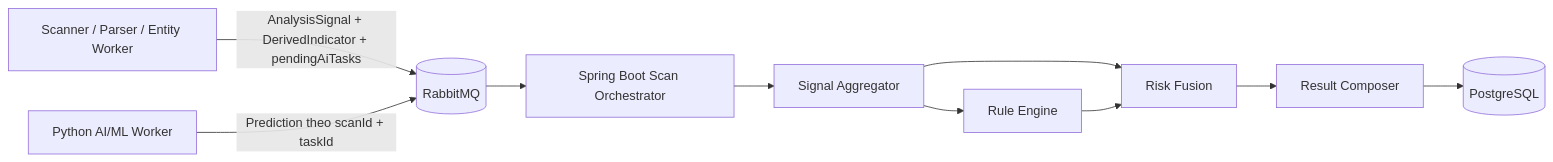
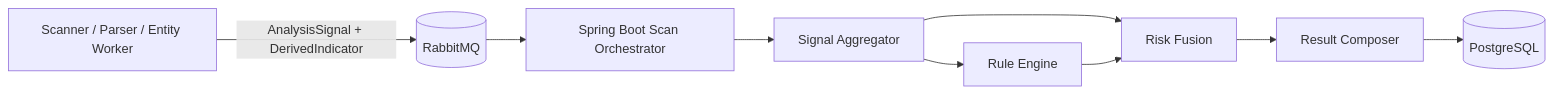
One commit to KLTN-2023-HCMSU/document changed diagram 11 of 11 in architectures/architecture_v3.1.md. Above: the diagram before and after it, drawn with Mermaid. The commit also changed other lines of this file and 24 other files, not shown here.

````diff
--- a/architectures/architecture_v3.1.md
+++ b/architectures/architecture_v3.1.md
@@ -1361,12 +1127,11 @@
 ```mermaid
 flowchart LR
-    Worker[Scanner / Parser / Entity Worker] -->|AnalysisSignal + DerivedIndicator + pendingAiTasks| MQ[(RabbitMQ)]
-    AIWorker[Python AI/ML Worker] -->|Prediction theo scanId + taskId| MQ
+    Worker[Scanner / Parser / Entity Worker] -->|AnalysisSignal + DerivedIndicator| MQ[(RabbitMQ)]
     MQ --> Backend[Spring Boot Scan Orchestrator]
     Backend --> Aggregator[Signal Aggregator]
     Aggregator --> Rule[Rule Engine]
     Aggregator --> Fusion[Risk Fusion]
     Rule --> Fusion
     Fusion --> Composer[Result Composer]
     Composer --> DB[(PostgreSQL)]
 ```
````
